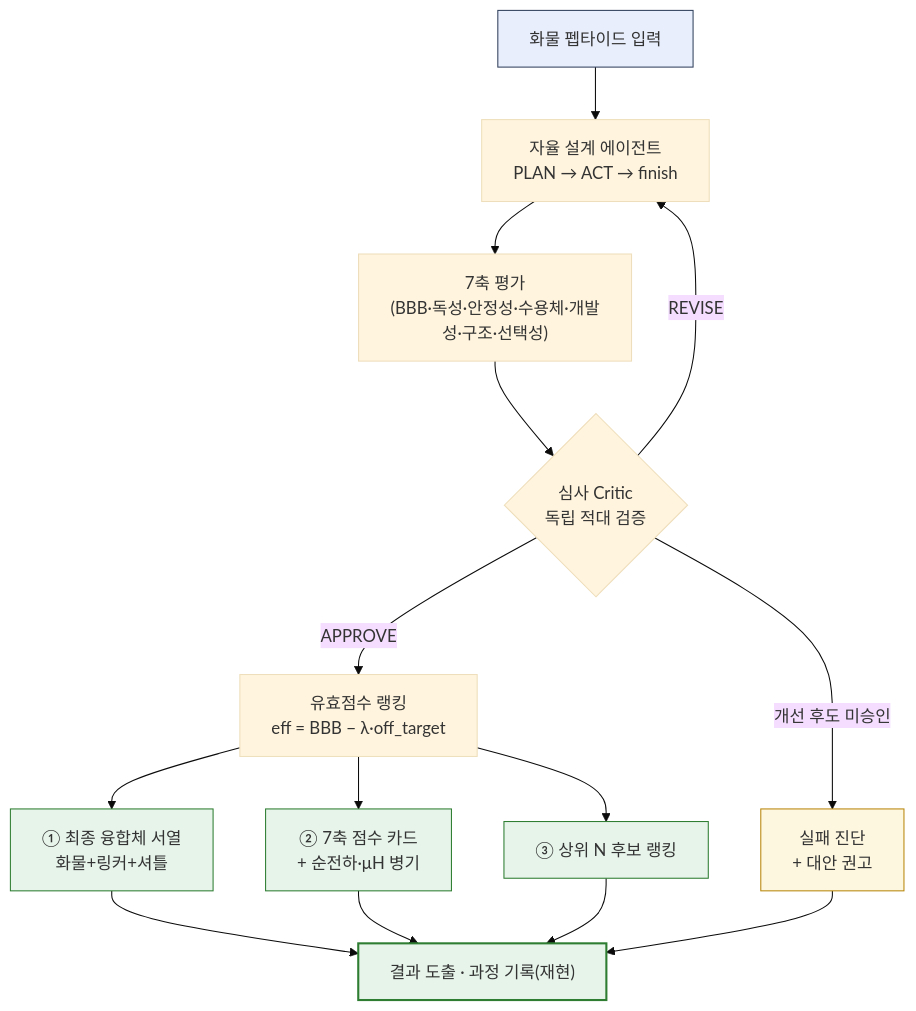
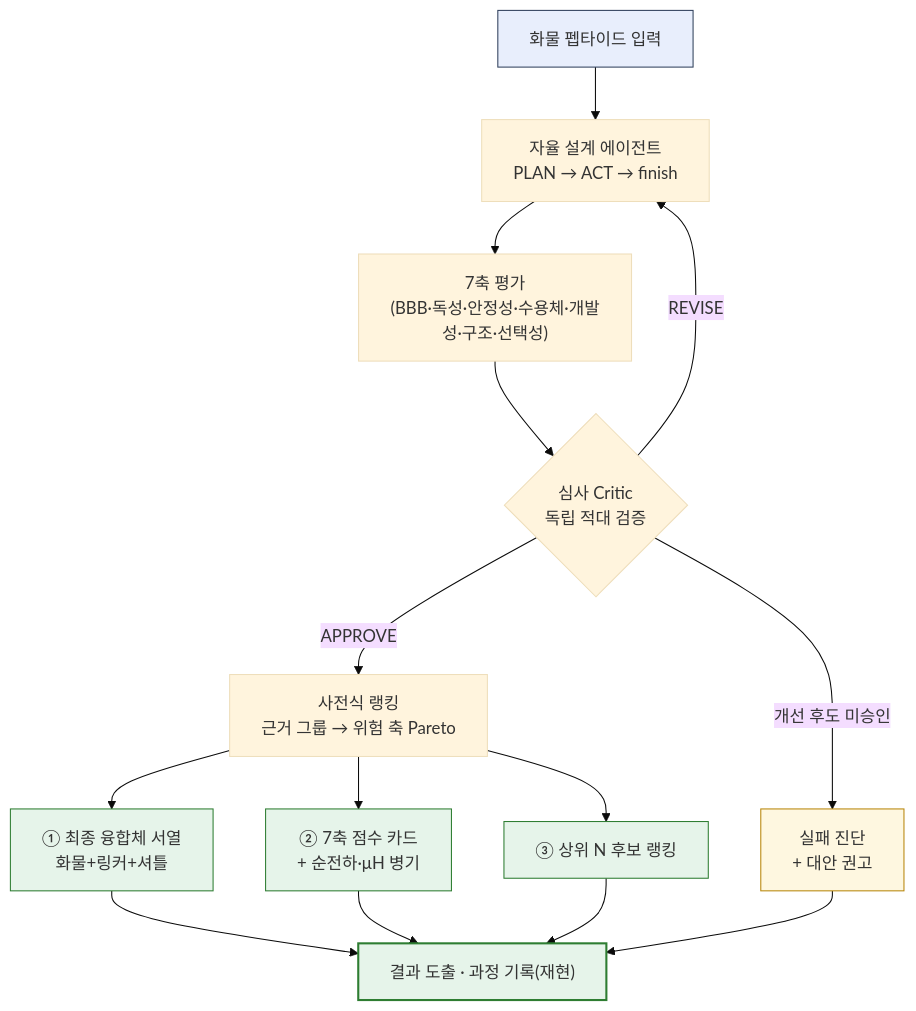
Before and after one commit to yunseul6028/BBB-Optimizer: the third of 10 diagrams in 아키텍처.md, drawn with Mermaid (base theme). The commit also changed other lines of this file and 16 other files, not shown here.

First line of the commit message:
feat(목적함수): BBB를 순위에서 제거 — 사전식(근거 그룹 + 위험축 Pareto) + 전수 재측정

````diff
--- a/아키텍처.md
+++ b/아키텍처.md
@@ -133,22 +133,22 @@
 ```mermaid
 flowchart TB
   IN["화물 펩타이드 입력"]:::user --> AGP["자율 설계 에이전트<br/>PLAN → ACT → finish"]
 
   AGP --> EVAL["7축 평가<br/>(BBB·독성·안정성·수용체·개발성·구조·선택성)"]
   EVAL --> CRIT{"심사 Critic<br/>독립 적대 검증"}
   CRIT -->|REVISE| AGP
-  CRIT -->|APPROVE| RANK["유효점수 랭킹<br/>eff = BBB − λ·off_target"]
+  CRIT -->|APPROVE| RANK["사전식 랭킹<br/>근거 그룹 → 위험 축 Pareto"]
   CRIT -->|"개선 후도 미승인"| FAIL["실패 진단<br/>+ 대안 권고"]:::warn
 
   RANK --> R1["① 최종 융합체 서열<br/>화물+링커+셔틀"]:::result
   RANK --> R2["② 7축 점수 카드<br/>+ 순전하·μH 병기"]:::result
   RANK --> R3["③ 상위 N 후보 랭킹"]:::result
 
   R1 & R2 & R3 --> OUT["결과 도출 · 과정 기록(재현)"]:::out
   FAIL --> OUT
 
   classDef user fill:#e8eefc,stroke:#30405c;
   classDef result fill:#e6f4ea,stroke:#2e7d32;
   classDef warn fill:#fef7e0,stroke:#b8860b;
   classDef out fill:#e6f4ea,stroke:#2e7d32,stroke-width:2px;
 ```
````
